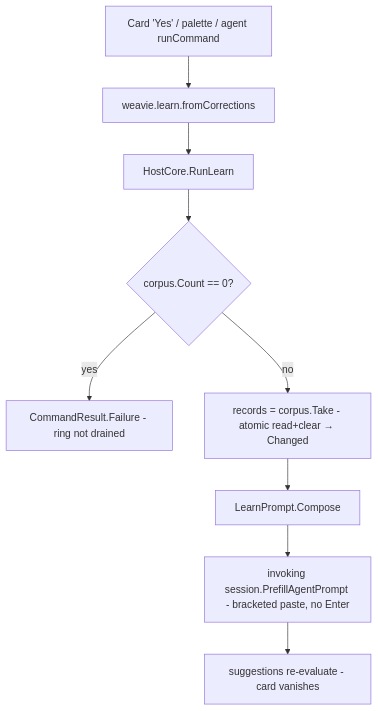
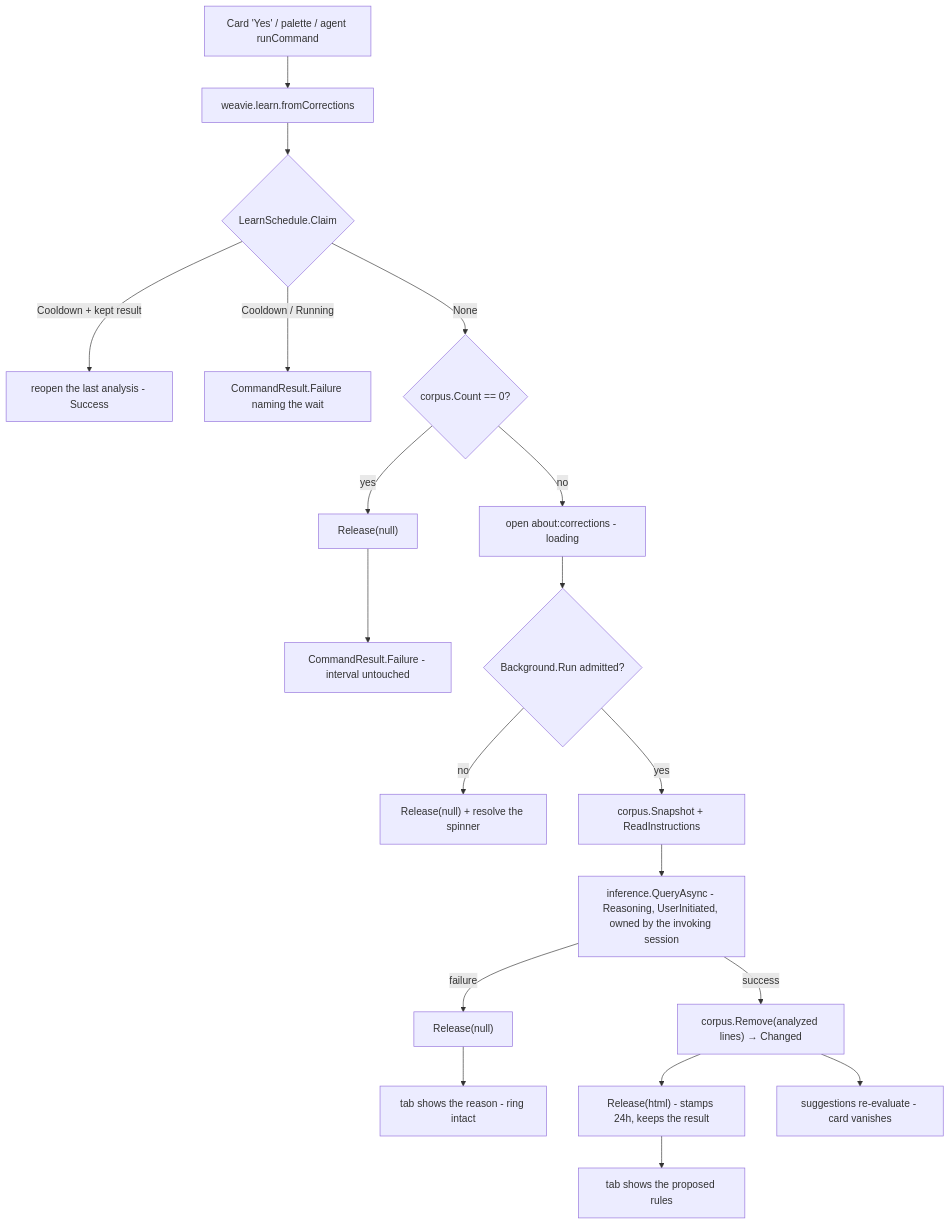
Before and after one commit to Kapps/weavie: the second of 2 diagrams in docs/specs/learn-from-corrections.md, drawn with Mermaid. The commit also changed other lines of this file and 30 other files, not shown here.

````diff
--- a/docs/specs/learn-from-corrections.md
+++ b/docs/specs/learn-from-corrections.md
@@ -136,11 +189,18 @@
 ```mermaid
 flowchart TD
   A[Card 'Yes' / palette / agent runCommand] --> B[weavie.learn.fromCorrections]
-  B --> C[HostCore.RunLearn]
-  C --> E{corpus.Count == 0?}
-  E -- yes --> G[CommandResult.Failure - ring not drained]
-  E -- no --> H[records = corpus.Take - atomic read+clear → Changed]
-  H --> I[LearnPrompt.Compose]
-  I --> J[invoking session.PrefillAgentPrompt - bracketed paste, no Enter]
-  J --> K[suggestions re-evaluate - card vanishes]
+  B --> C{LearnSchedule.Claim}
+  C -- Cooldown + kept result --> D[reopen the last analysis - Success]
+  C -- Cooldown / Running --> E[CommandResult.Failure naming the wait]
+  C -- None --> F{corpus.Count == 0?}
+  F -- yes --> G["Release(null)"] --> H[CommandResult.Failure - interval untouched]
+  F -- no --> I[open about:corrections - loading]
+  I --> J{"Background.Run admitted?"}
+  J -- no --> K["Release(null) + resolve the spinner"]
+  J -- yes --> L[corpus.Snapshot + ReadInstructions]
+  L --> M["inference.QueryAsync - Reasoning, UserInitiated, owned by the invoking session"]
+  M -- failure --> N["Release(null)"] --> O[tab shows the reason - ring intact]
+  M -- success --> P["corpus.Remove(analyzed lines) → Changed"] --> Q["Release(html) - stamps 24h, keeps the result"]
+  Q --> R[tab shows the proposed rules]
+  P --> S[suggestions re-evaluate - card vanishes]
 ```
````
